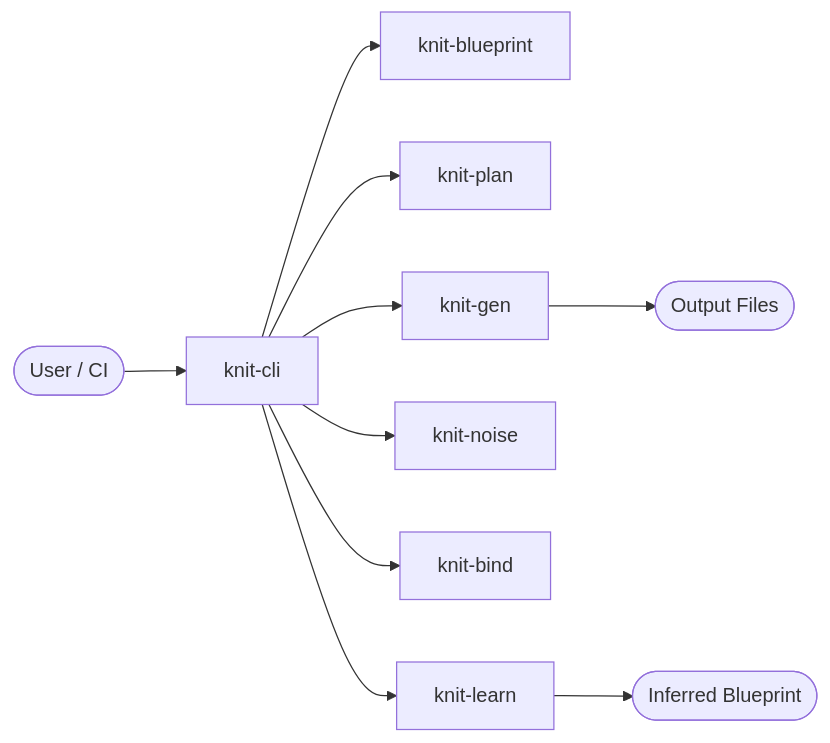
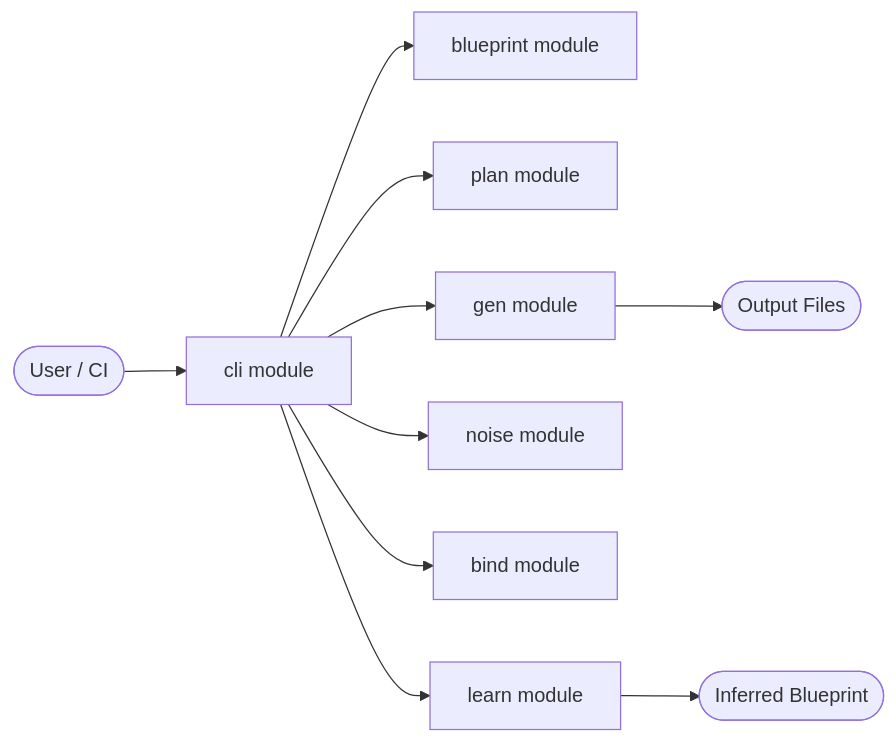
Before and after one commit to Yaming-Hub/knit: the first of 6 diagrams in docs/design-cli.md, drawn with Mermaid. The commit also changed other lines of this file and 10 other files, not shown here.

````diff
--- a/docs/design-cli.md
+++ b/docs/design-cli.md
@@ -35,12 +35,12 @@
 ```mermaid
 flowchart LR
-    user([User / CI]) --> cli[knit-cli]
-    cli --> blueprint[knit-blueprint]
-    cli --> plan[knit-plan]
-    cli --> gen[knit-gen]
-    cli --> noise[knit-noise]
-    cli --> bind[knit-bind]
-    cli --> learn[knit-learn]
+    user([User / CI]) --> cli[cli module]
+    cli --> blueprint[blueprint module]
+    cli --> plan[plan module]
+    cli --> gen[gen module]
+    cli --> noise[noise module]
+    cli --> bind[bind module]
+    cli --> learn[learn module]
     gen --> output([Output Files])
     learn --> inferred([Inferred Blueprint])
 ```
````
